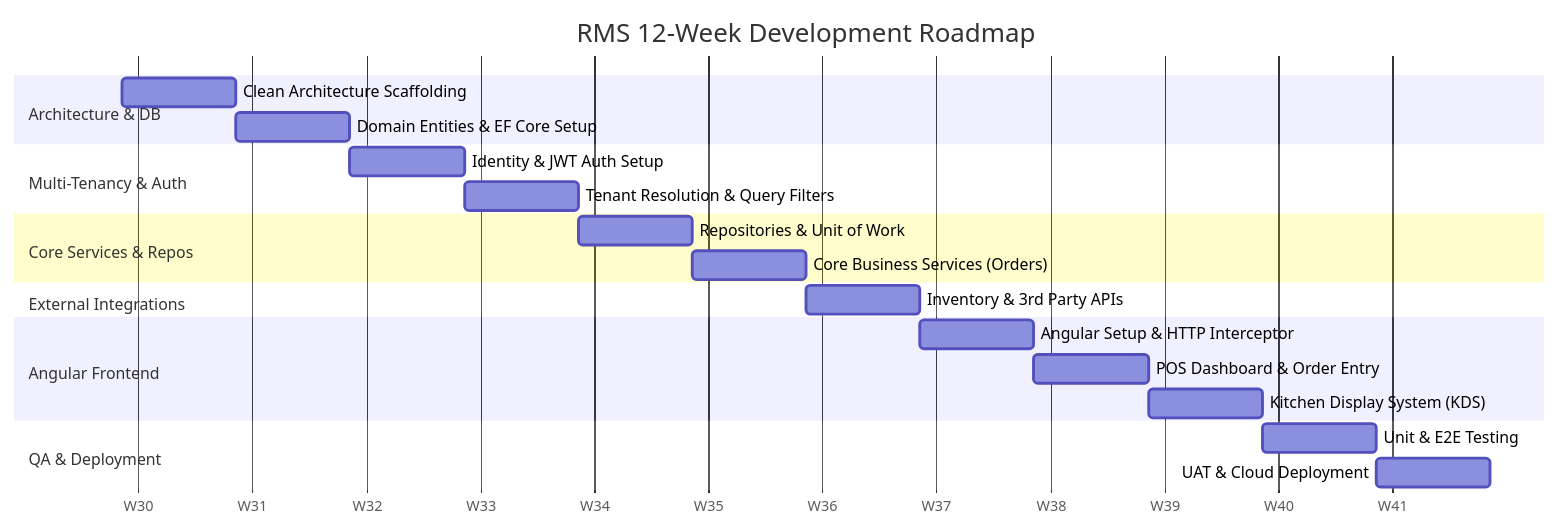
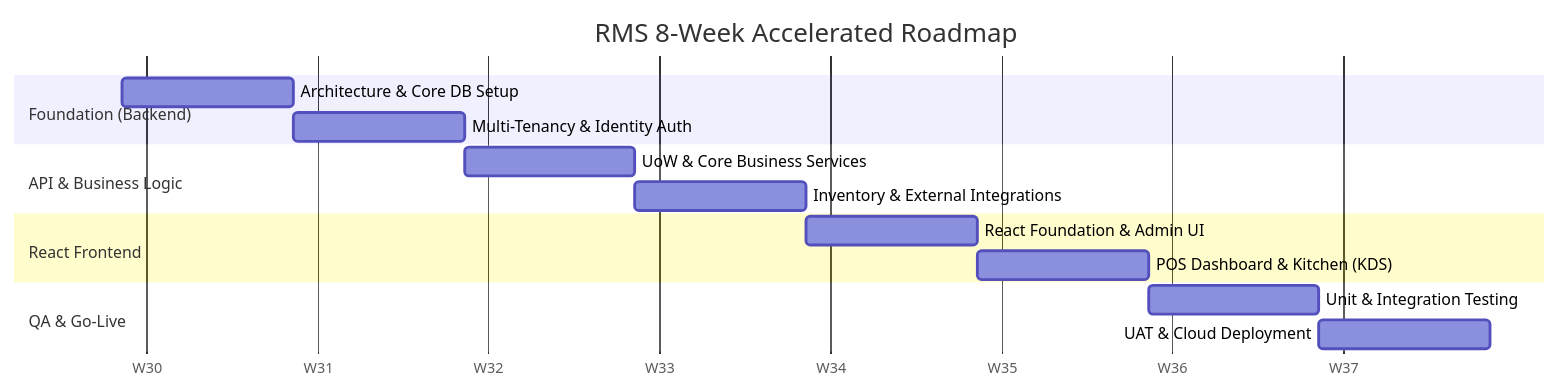
Before and after one commit to shams909/Restaurant-management-system: the sixth of 6 diagrams in FINAL_MASTER_DOCUMENTATION.md, drawn with Mermaid. The commit also changed other lines of this file, not shown here.

Commit message:
docs: update architecture documentation to reflect transition from Angular to React and condense project timeline to 8 weeks

````diff
--- a/FINAL_MASTER_DOCUMENTATION.md
+++ b/FINAL_MASTER_DOCUMENTATION.md
@@ -282,30 +280,22 @@
 ```mermaid
 gantt
-    title RMS 12-Week Development Roadmap
+    title RMS 8-Week Accelerated Roadmap
     dateFormat  YYYY-MM-DD
     axisFormat  W%W
     
-    section Architecture & DB
-    Clean Architecture Scaffolding  :a1, 2026-08-01, 7d
-    Domain Entities & EF Core Setup :a2, after a1, 7d
+    section Foundation (Backend)
+    Architecture & Core DB Setup    :a1, 2026-08-01, 7d
+    Multi-Tenancy & Identity Auth   :a2, after a1, 7d
     
-    section Multi-Tenancy & Auth
-    Identity & JWT Auth Setup       :b1, after a2, 7d
-    Tenant Resolution & Query Filters:b2, after b1, 7d
+    section API & Business Logic
+    UoW & Core Business Services    :b1, after a2, 7d
+    Inventory & External Integrations:b2, after b1, 7d
     
-    section Core Services & Repos
-    Repositories & Unit of Work     :c1, after b2, 7d
-    Core Business Services (Orders) :c2, after c1, 7d
+    section React Frontend
+    React Foundation & Admin UI     :c1, after b2, 7d
+    POS Dashboard & Kitchen (KDS)   :c2, after c1, 7d
     
-    section External Integrations
-    Inventory & 3rd Party APIs      :d1, after c2, 7d
-    
-    section Angular Frontend
-    Angular Setup & HTTP Interceptor:e1, after d1, 7d
-    POS Dashboard & Order Entry     :e2, after e1, 7d
-    Kitchen Display System (KDS)    :e3, after e2, 7d
-    
-    section QA & Deployment
-    Unit & E2E Testing              :f1, after e3, 7d
-    UAT & Cloud Deployment          :f2, after f1, 7d
+    section QA & Go-Live
+    Unit & Integration Testing      :d1, after c2, 7d
+    UAT & Cloud Deployment          :d2, after d1, 7d
 ```
````
